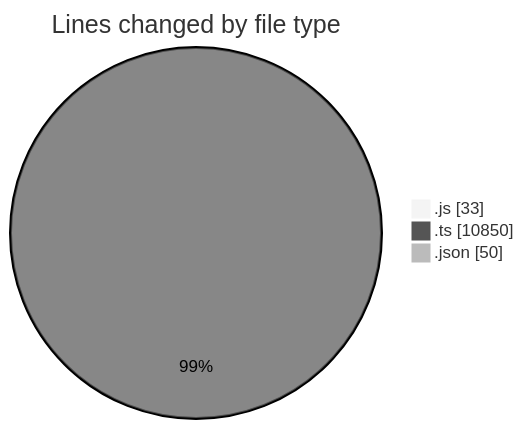
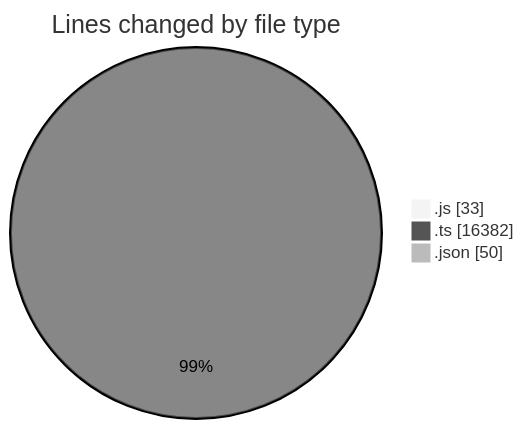
Before and after one commit to momahboobian/code-tracking: the first of 2 diagrams in 2025-09-08/cda/README.md, drawn with Mermaid (neutral theme). The commit also changed other lines of this file and 1 other file, not shown here.

````diff
--- a/2025-09-08/cda/README.md
+++ b/2025-09-08/cda/README.md
@@ -25,7 +26,7 @@
 ```mermaid
 pie showData
 title Lines changed by file type
 ".js" : 33
-".ts" : 10850
+".ts" : 16382
 ".json" : 50
 ```
````
